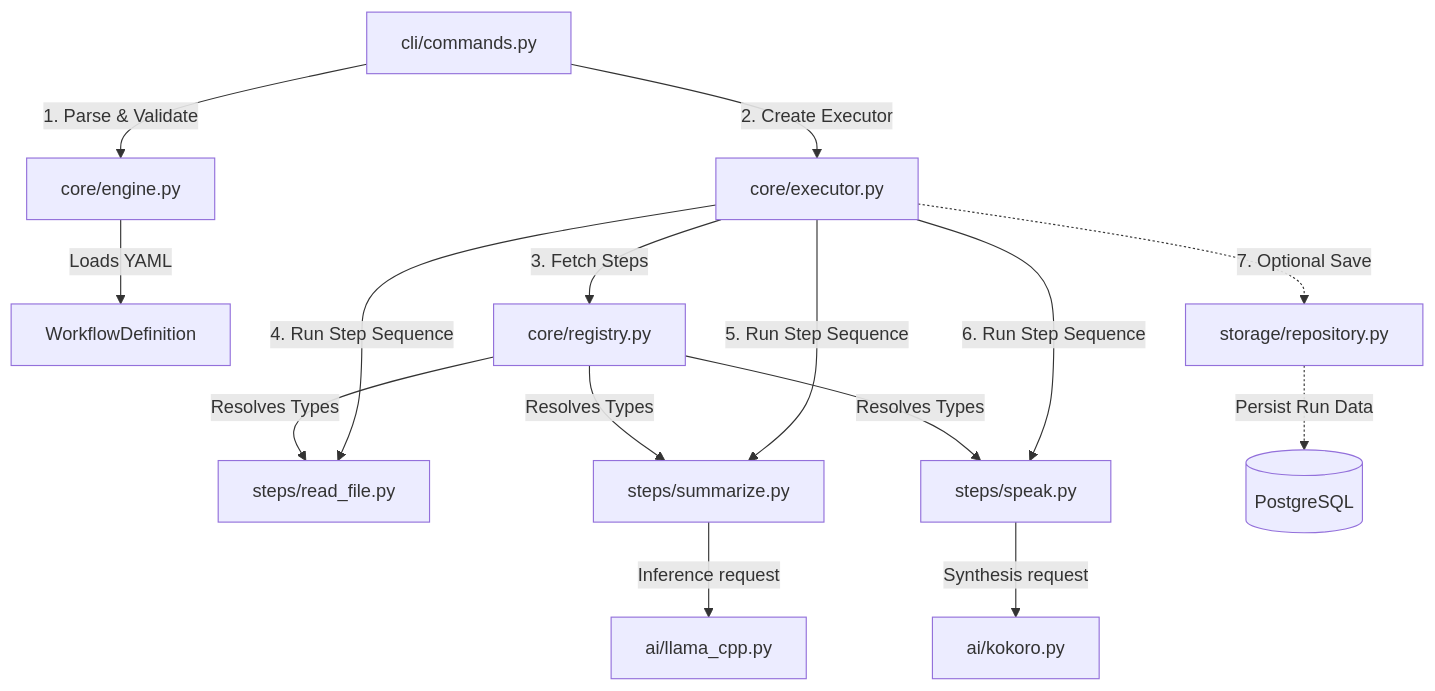
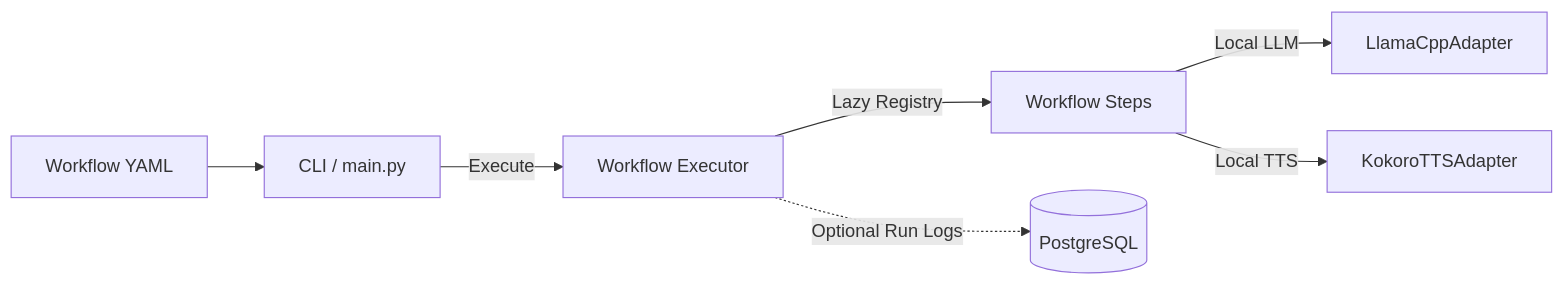
Before and after one commit to Ananay28425/Kokoro-AI-Workflow-Engine: the diagram in README.md, drawn with Mermaid. The commit also changed other lines of this file, not shown here.

````diff
--- a/README.md
+++ b/README.md
@@ -37,22 +17,9 @@
 ```mermaid
-flowchart TD
-    CLI[cli/commands.py] -->|1. Parse & Validate| Engine[core/engine.py]
-    CLI -->|2. Create Executor| Executor[core/executor.py]
-
-    Engine -->|Loads YAML| Definition[WorkflowDefinition]
-    Executor -->|3. Fetch Steps| Registry[core/registry.py]
-
-    Registry -->|Resolves Types| ReadStep[steps/read_file.py]
-    Registry -->|Resolves Types| SumStep[steps/summarize.py]
-    Registry -->|Resolves Types| SpeakStep[steps/speak.py]
-
-    Executor -->|4. Run Step Sequence| ReadStep
-    Executor -->|5. Run Step Sequence| SumStep
-    Executor -->|6. Run Step Sequence| SpeakStep
-
-    SumStep -->|Inference request| LLMAdapter[ai/llama_cpp.py]
-    SpeakStep -->|Synthesis request| TTSAdapter[ai/kokoro.py]
-
-    Executor -.->|7. Optional Save| Repo[storage/repository.py]
-    Repo -.->|Persist Run Data| DB[(PostgreSQL)]
+flowchart LR
+    YAML[Workflow YAML] --> CLI[CLI / main.py]
+    CLI -->|Execute| Executor[Workflow Executor]
+    Executor -->|Lazy Registry| Steps[Workflow Steps]
+    Steps -->|Local LLM| Llama[LlamaCppAdapter]
+    Steps -->|Local TTS| Kokoro[KokoroTTSAdapter]
+    Executor -.->|Optional Run Logs| DB[(PostgreSQL)]
 ```
````
